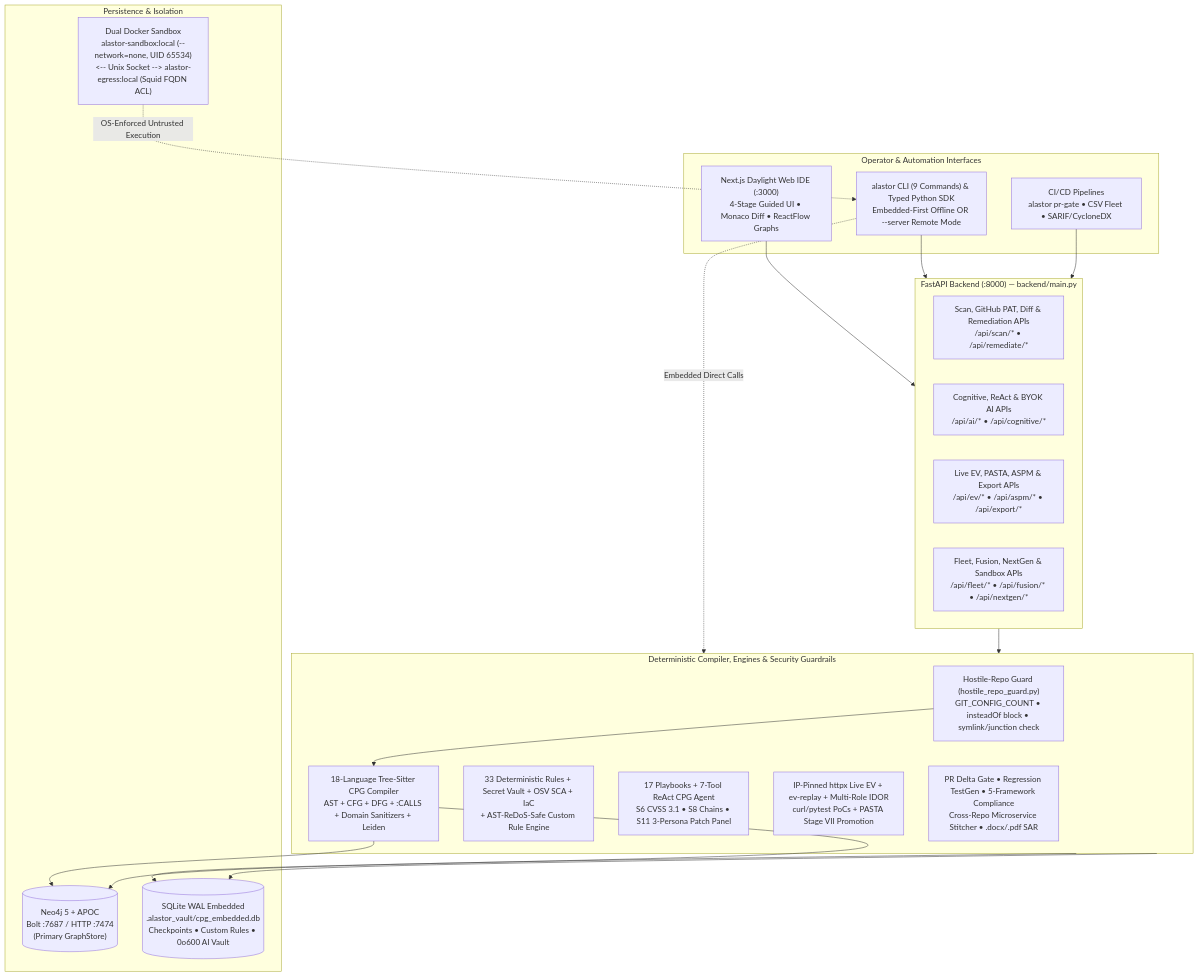
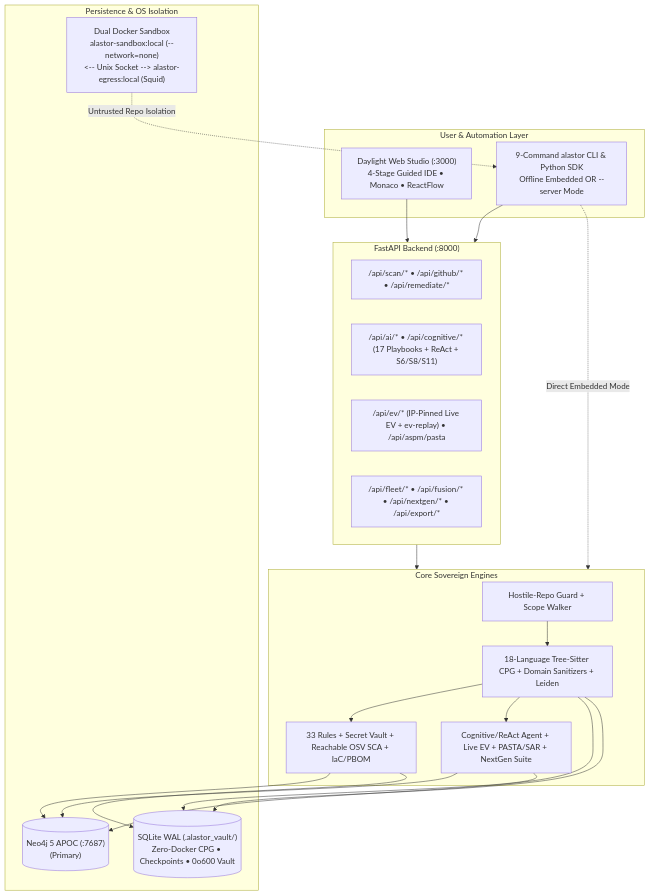
Before and after one commit to ShanjulMittal/alastor-cpg-sast-platform: the second of 2 diagrams in docs/ALASTOR_Master_SOP_and_Product_Guide.md, drawn with Mermaid. The commit also changed other lines of this file, not shown here.

````diff
--- a/docs/ALASTOR_Master_SOP_and_Product_Guide.md
+++ b/docs/ALASTOR_Master_SOP_and_Product_Guide.md
@@ -156,38 +502,34 @@
 ```mermaid
 flowchart TB
-    subgraph SURFACES["Operator & Automation Interfaces"]
-        WEB["Next.js Daylight Web IDE (:3000)\n4-Stage Guided UI • Monaco Diff • ReactFlow Graphs"]
-        CLI["alastor CLI (9 Commands) & Typed Python SDK\nEmbedded-First Offline OR --server Remote Mode"]
-        CI["CI/CD Pipelines\nalastor pr-gate • CSV Fleet • SARIF/CycloneDX"]
+    subgraph UI_CLI["User & Automation Layer"]
+        WEB["Daylight Web Studio (:3000)\n4-Stage Guided IDE • Monaco • ReactFlow"]
+        CLI["9-Command alastor CLI & Python SDK\nOffline Embedded OR --server Mode"]
     end
 
-    subgraph API["FastAPI Backend (:8000) — backend/main.py"]
-        R1["Scan, GitHub PAT, Diff & Remediation APIs\n/api/scan/* • /api/remediate/*"]
-        R2["Cognitive, ReAct & BYOK AI APIs\n/api/ai/* • /api/cognitive/*"]
-        R3["Live EV, PASTA, ASPM & Export APIs\n/api/ev/* • /api/aspm/* • /api/export/*"]
-        R4["Fleet, Fusion, NextGen & Sandbox APIs\n/api/fleet/* • /api/fusion/* • /api/nextgen/*"]
+    subgraph API["FastAPI Backend (:8000)"]
+        EP1["/api/scan/* • /api/github/* • /api/remediate/*"]
+        EP2["/api/ai/* • /api/cognitive/* (17 Playbooks + ReAct + S6/S8/S11)"]
+        EP3["/api/ev/* (IP-Pinned Live EV + ev-replay) • /api/aspm/pasta"]
+        EP4["/api/fleet/* • /api/fusion/* • /api/nextgen/* • /api/export/*"]
     end
 
-    subgraph CORE["Deterministic Compiler, Engines & Security Guardrails"]
-        GUARD["Hostile-Repo Guard (hostile_repo_guard.py)\nGIT_CONFIG_COUNT • insteadOf block • symlink/junction check"]
-        COMP["18-Language Tree-Sitter CPG Compiler\nAST + CFG + DFG + :CALLS + Domain Sanitizers + Leiden"]
-        RULES["33 Deterministic Rules + Secret Vault + OSV SCA + IaC\n+ AST-ReDoS-Safe Custom Rule Engine"]
-        COG["17 Playbooks + 7-Tool ReAct CPG Agent\nS6 CVSS 3.1 • S8 Chains • S11 3-Persona Patch Panel"]
-        EV["IP-Pinned httpx Live EV + ev-replay + Multi-Role IDOR\ncurl/pytest PoCs + PASTA Stage VII Promotion"]
-        NEXT["PR Delta Gate • Regression TestGen • 5-Framework Compliance\nCross-Repo Microservice Stitcher • .docx/.pdf SAR"]
+    subgraph ENGINE["Core Sovereign Engines"]
+        GUARD["Hostile-Repo Guard + Scope Walker"]
+        CPG["18-Language Tree-Sitter CPG + Domain Sanitizers + Leiden"]
+        DETECT["33 Rules + Secret Vault + Reachable OSV SCA + IaC/PBOM"]
+        ADV["Cognitive/ReAct Agent + Live EV + PASTA/SAR + NextGen Suite"]
     end
 
-    subgraph STORAGE["Persistence & Isolation"]
-        NEO[("Neo4j 5 + APOC\nBolt :7687 / HTTP :7474\n(Primary GraphStore)")]
-        SQL[("SQLite WAL Embedded\n.alastor_vault/cpg_embedded.db\nCheckpoints • Custom Rules • 0o600 AI Vault")]
-        SBX["Dual Docker Sandbox\nalastor-sandbox:local (--network=none, UID 65534)\n<-- Unix Socket --> alastor-egress:local (Squid FQDN ACL)"]
+    subgraph DATA["Persistence & OS Isolation"]
+        NEO[("Neo4j 5 APOC (:7687)\n(Primary)")]
+        SQL[("SQLite WAL (.alastor_vault/)\nZero-Docker CPG • Checkpoints • 0o600 Vault")]
+        SBX["Dual Docker Sandbox\nalastor-sandbox:local (--network=none)\n<-- Unix Socket --> alastor-egress:local (Squid)"]
     end
 
-    WEB & CLI & CI --> API
-    CLI -. "Embedded Direct Calls" .-> CORE
-    API --> CORE
-    GUARD --> COMP
-    COMP --> NEO & SQL
-    CORE --> NEO & SQL
-    SBX -. "OS-Enforced Untrusted Execution" .-> CLI
+    WEB & CLI --> API
+    CLI -. "Direct Embedded Mode" .-> ENGINE
+    API --> ENGINE
+    GUARD --> CPG --> DETECT & ADV
+    CPG & DETECT & ADV --> NEO & SQL
+    SBX -. "Untrusted Repo Isolation" .-> CLI
 ```
````
